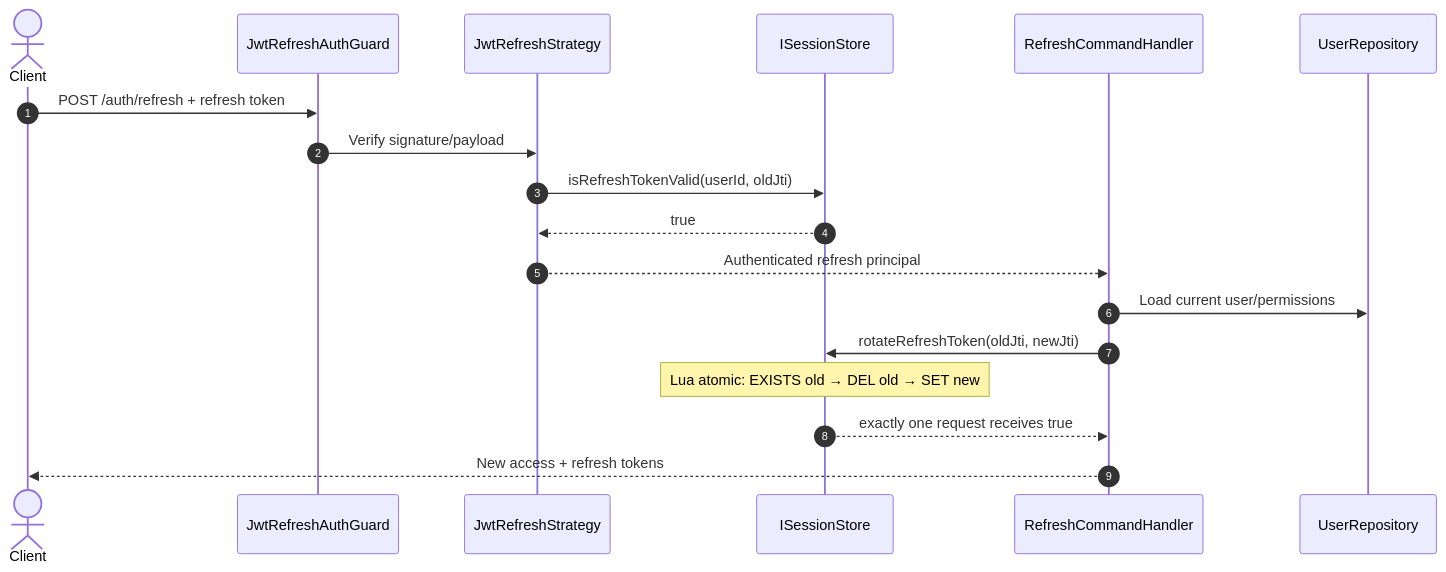
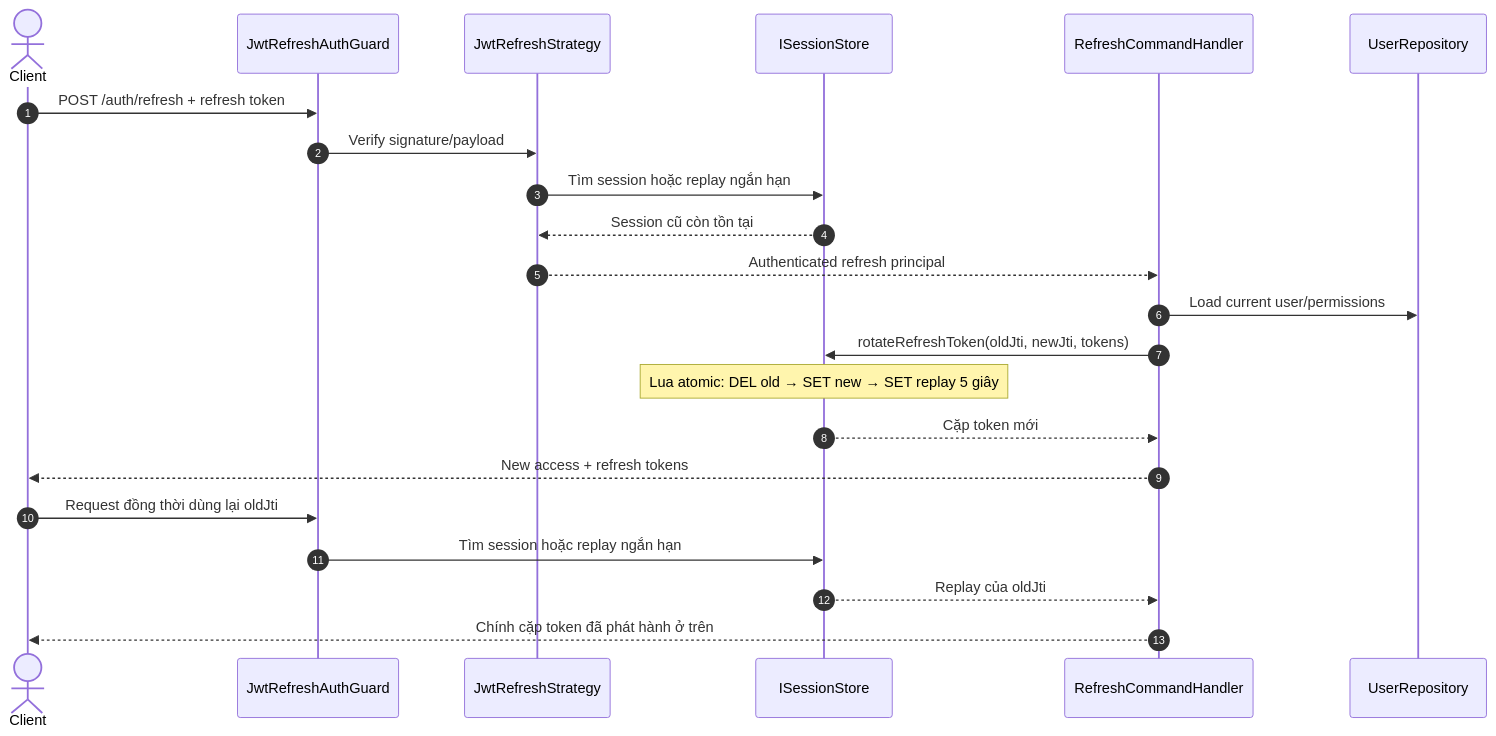
One commit to 8eyond-Infinite/turborepo-advanced-starter changed the second of 2 diagrams in apps/server/src/contexts/iam/auth/README.md. Above: the diagram before and after it, drawn with Mermaid. The commit also changed other lines of this file and 11 other files, not shown here.

````diff
--- a/apps/server/src/contexts/iam/auth/README.md
+++ b/apps/server/src/contexts/iam/auth/README.md
@@ -124,21 +124,26 @@
 ```mermaid
 sequenceDiagram
     autonumber
     actor Client
     participant Guard as JwtRefreshAuthGuard
     participant Strategy as JwtRefreshStrategy
     participant Store as ISessionStore
     participant Handler as RefreshCommandHandler
     participant Users as UserRepository
 
     Client->>Guard: POST /auth/refresh + refresh token
     Guard->>Strategy: Verify signature/payload
-    Strategy->>Store: isRefreshTokenValid(userId, oldJti)
-    Store-->>Strategy: true
+    Strategy->>Store: Tìm session hoặc replay ngắn hạn
+    Store-->>Strategy: Session cũ còn tồn tại
     Strategy-->>Handler: Authenticated refresh principal
     Handler->>Users: Load current user/permissions
-    Handler->>Store: rotateRefreshToken(oldJti, newJti)
-    Note over Store: Lua atomic: EXISTS old → DEL old → SET new
-    Store-->>Handler: exactly one request receives true
+    Handler->>Store: rotateRefreshToken(oldJti, newJti, tokens)
+    Note over Store: Lua atomic: DEL old → SET new → SET replay 5 giây
+    Store-->>Handler: Cặp token mới
     Handler-->>Client: New access + refresh tokens
+
+    Client->>Guard: Request đồng thời dùng lại oldJti
+    Guard->>Store: Tìm session hoặc replay ngắn hạn
+    Store-->>Handler: Replay của oldJti
+    Handler-->>Client: Chính cặp token đã phát hành ở trên
 ```
````
